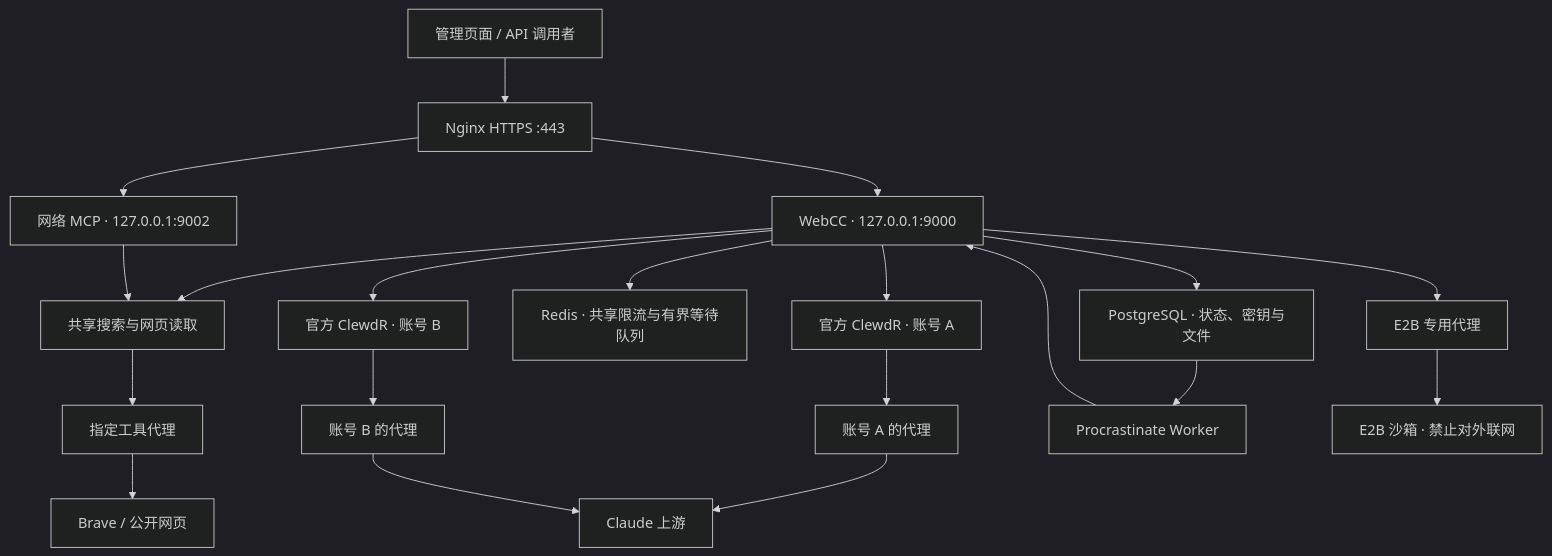
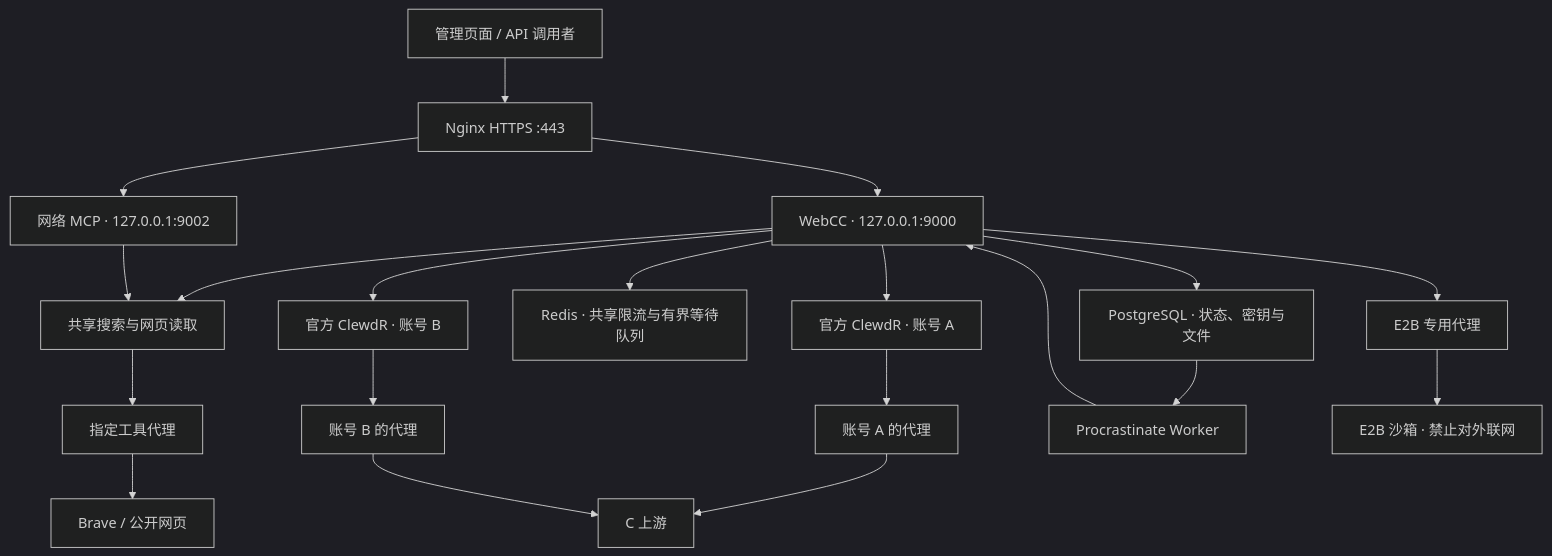
Before and after one commit to chenjz0008-afk/webcc: the diagram in README.md, drawn with Mermaid (dark theme). The commit also changed other lines of this file and 25 other files, not shown here.

````diff
--- a/README.md
+++ b/README.md
@@ -29,22 +29,22 @@
 ```mermaid
 flowchart TD
     Browser[管理页面 / API 调用者] --> Nginx[Nginx HTTPS :443]
     Nginx --> Manager[WebCC · 127.0.0.1:9000]
     Nginx --> MCP[网络 MCP · 127.0.0.1:9002]
     Manager --> Network[共享搜索与网页读取]
     MCP --> Network
     Network --> ToolProxy[指定工具代理]
     ToolProxy --> Sources[Brave / 公开网页]
     Manager --> Store[PostgreSQL · 状态、密钥与文件]
     Manager --> Limits[Redis · 共享限流与有界等待队列]
     Manager --> WorkerA[官方 ClewdR · 账号 A]
     Manager --> WorkerB[官方 ClewdR · 账号 B]
     WorkerA --> ProxyA[账号 A 的代理]
     WorkerB --> ProxyB[账号 B 的代理]
     Store --> Tasks[Procrastinate Worker]
     Tasks --> Manager
     Manager --> E2BProxy[E2B 专用代理]
     E2BProxy --> E2B[E2B 沙箱 · 禁止对外联网]
-    ProxyA --> Claude[Claude 上游]
-    ProxyB --> Claude
+    ProxyA --> C[C 上游]
+    ProxyB --> C
 ```
````
